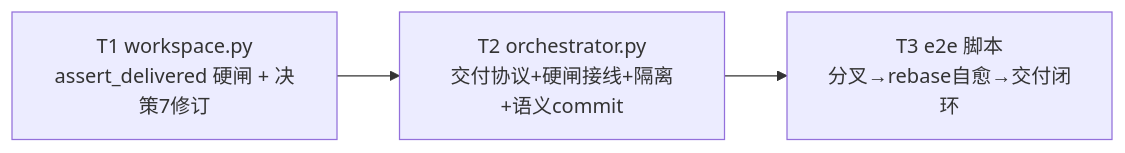
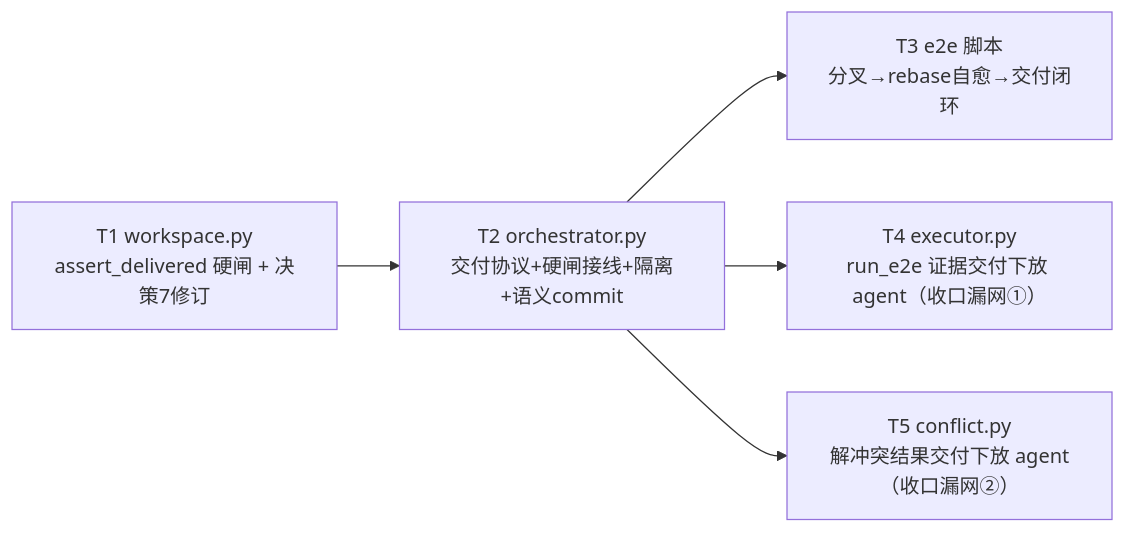
Before and after one commit to Curry09/OpenAgents: the diagram in docs/specs/0056-git-delivery-rebase-selfheal.md, drawn with Mermaid. The commit also changed other lines of this file and 13 other files, not shown here.

First line of the commit message:
refactor(backend): spec-0056 t4/t5 收口 run_e2e/conflict 交付下放 agent

````diff
--- a/docs/specs/0056-git-delivery-rebase-selfheal.md
+++ b/docs/specs/0056-git-delivery-rebase-selfheal.md
@@ -207,5 +271,7 @@
 ```mermaid
 graph LR
   T1["T1 workspace.py<br/>assert_delivered 硬闸 + 决策7修订"] --> T2["T2 orchestrator.py<br/>交付协议+硬闸接线+隔离+语义commit"]
   T2 --> T3["T3 e2e 脚本<br/>分叉→rebase自愈→交付闭环"]
+  T2 --> T4["T4 executor.py<br/>run_e2e 证据交付下放 agent（收口漏网①）"]
+  T2 --> T5["T5 conflict.py<br/>解冲突结果交付下放 agent（收口漏网②）"]
 ```
````
